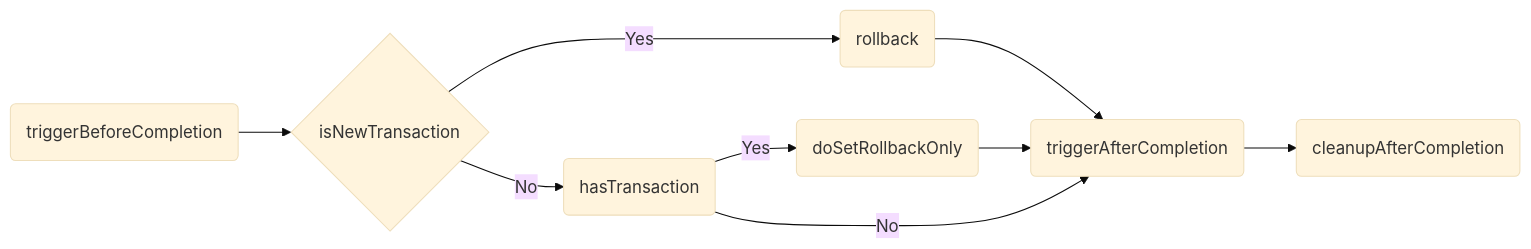
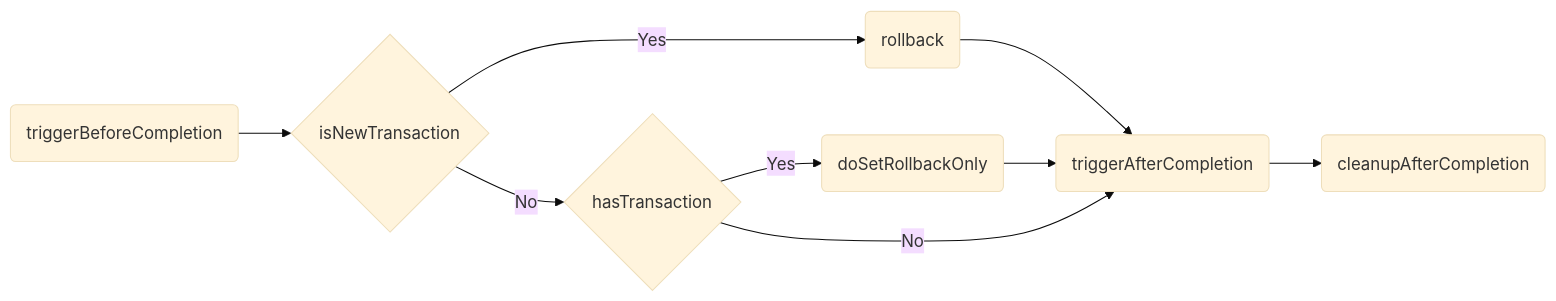
One commit to liqi19950722/Work changed the sixth of 6 diagrams in work-2-04/理解并完成 Spring 事务传播机制与 EJB 规范的联系.md. Above: the diagram before and after it, drawn with Mermaid (base theme). The commit also changed other lines of this file, not shown here.

Commit message:
predict图形

````diff
--- a/work-2-04/理解并完成 Spring 事务传播机制与 EJB 规范的联系.md
+++ b/work-2-04/理解并完成 Spring 事务传播机制与 EJB 规范的联系.md
@@ -163,8 +163,8 @@
 ```mermaid
 flowchart LR
     triggerBeforeCompletion(triggerBeforeCompletion) -->
     isNewTransaction{isNewTransaction} --> |Yes| doRollback(rollback) --> triggerAfterCompletion(triggerAfterCompletion)
     triggerAfterCompletion --> cleanupAfterCompletion(cleanupAfterCompletion)
-    isNewTransaction{isNewTransaction} --> |No| hasTransaction(hasTransaction) --> |Yes| doSetRollbackOnly(doSetRollbackOnly) --> triggerAfterCompletion
-    hasTransaction(hasTransaction) --> |No| triggerAfterCompletion    
+    isNewTransaction{isNewTransaction} --> |No| hasTransaction{hasTransaction} --> |Yes| doSetRollbackOnly(doSetRollbackOnly) --> triggerAfterCompletion
+    hasTransaction{hasTransaction} --> |No| triggerAfterCompletion    
 ```
````
